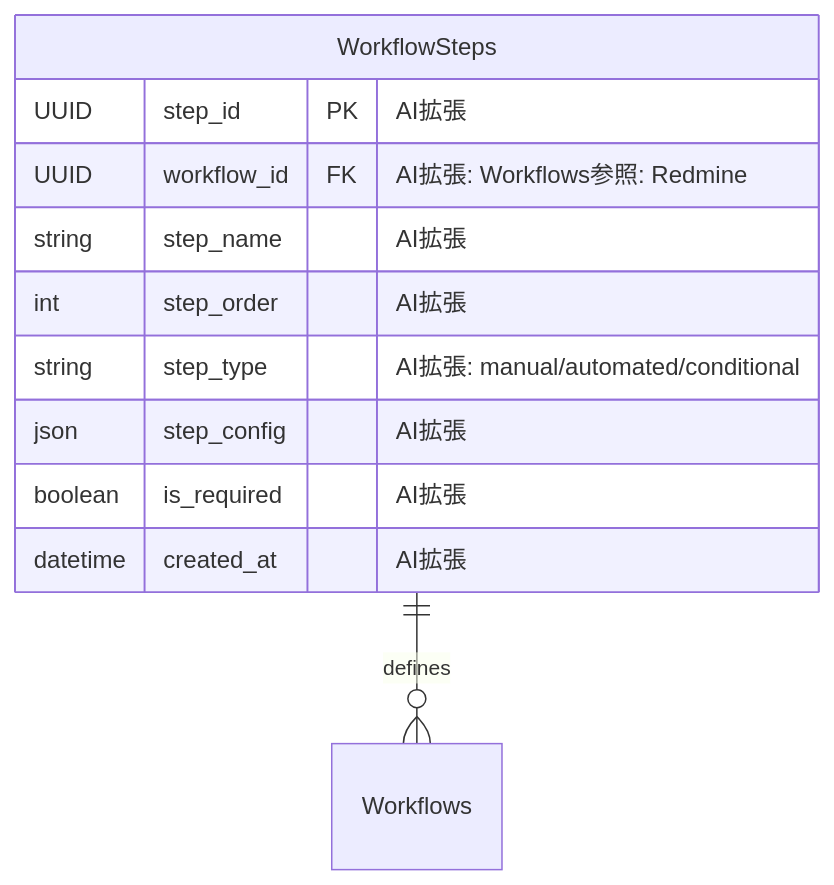
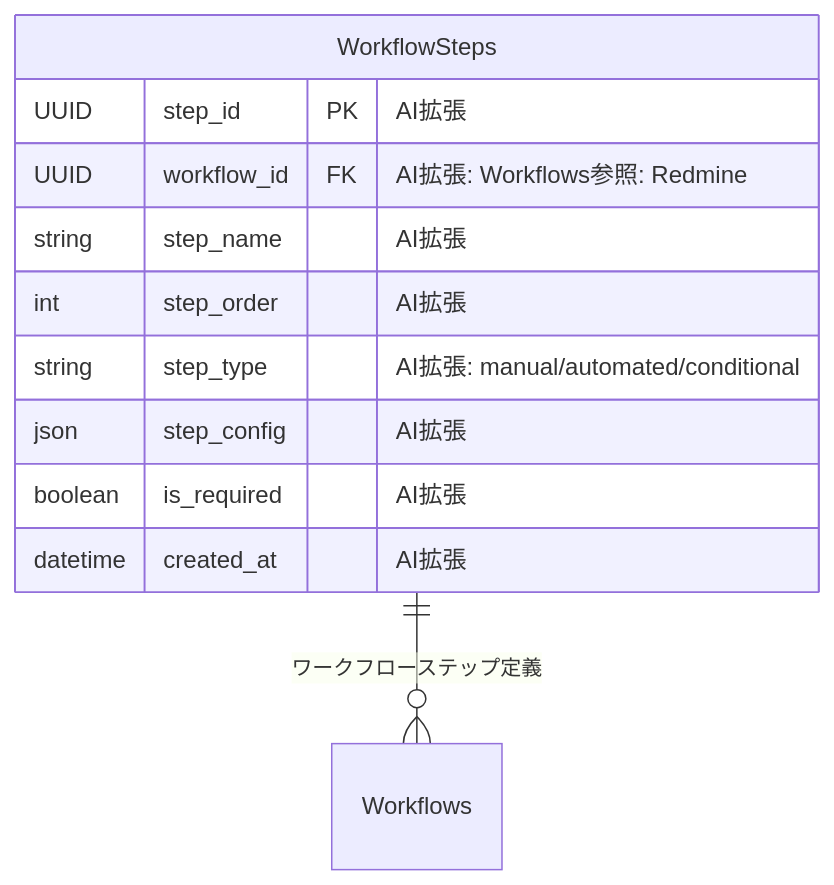
Before and after one commit to daichiTAAA/AgentOpsPlatform: diagram 20 of 29 in docs/030000_設計/035000_データ設計/035010_ER図.md, drawn with Mermaid. The commit also changed other lines of this file, not shown here.

````diff
--- a/docs/030000_設計/035000_データ設計/035010_ER図.md
+++ b/docs/030000_設計/035000_データ設計/035010_ER図.md
@@ -814,15 +1039,15 @@
 ```mermaid
 erDiagram
     WorkflowSteps {
         UUID step_id PK "AI拡張"
         UUID workflow_id FK "AI拡張: Workflows参照: Redmine"
         string step_name "AI拡張"
         int step_order "AI拡張"
         string step_type "AI拡張: manual/automated/conditional"
         json step_config "AI拡張"
         boolean is_required "AI拡張"
         datetime created_at "AI拡張"
     }
 
-    WorkflowSteps ||--o{ Workflows : defines
+    WorkflowSteps ||--o{ Workflows : "ワークフローステップ定義"
 ```
````
